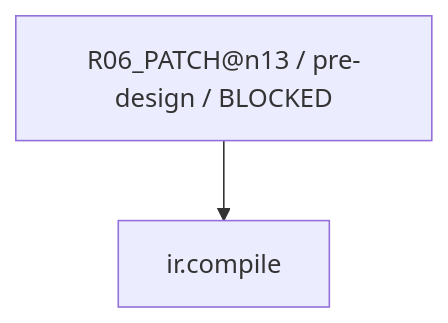
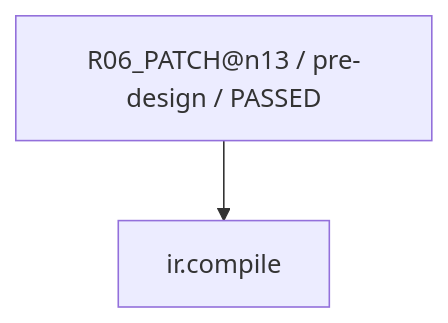
Before and after one commit to rrikunagasige-dot/kyotsu-step-web: the seventh of 28 diagrams in work/items/W-MATH-048-n1314-source-audit/generated/CAPABILITY_FIRE_DIAGRAM.md, drawn with Mermaid. The commit also changed other lines of this file and 295 other files, not shown here.

````diff
--- a/work/items/W-MATH-048-n1314-source-audit/generated/CAPABILITY_FIRE_DIAGRAM.md
+++ b/work/items/W-MATH-048-n1314-source-audit/generated/CAPABILITY_FIRE_DIAGRAM.md
@@ -107,6 +107,6 @@
 ```mermaid
 flowchart TD
-  N0["R06_PATCH@n13 / pre-design / BLOCKED"]
+  N0["R06_PATCH@n13 / pre-design / PASSED"]
   N1["ir.compile"]
   N0 --> N1
 ```
````
